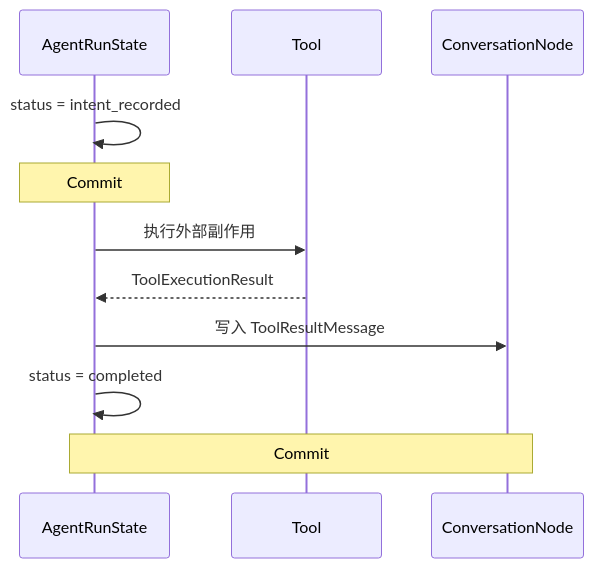
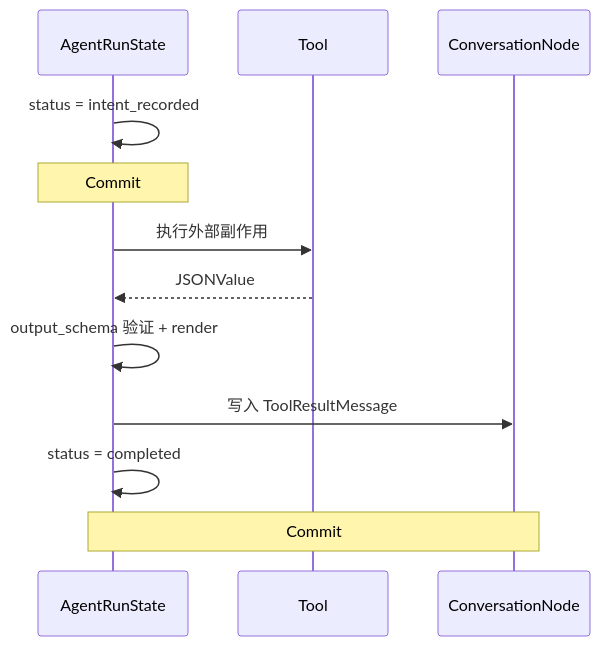
Diagram 16 of 53 in docs/upgrade/2026-08-24-runtime-entity-decisions.md (xiesunsun/MyOpenClaw), drawn with Mermaid before and after one commit. The commit also changed other lines of this file and 68 other files, not shown here.

````diff
--- a/docs/upgrade/2026-08-24-runtime-entity-decisions.md
+++ b/docs/upgrade/2026-08-24-runtime-entity-decisions.md
@@ -1219,14 +1219,15 @@
 ```mermaid
 sequenceDiagram
     participant S as AgentRunState
     participant T as Tool
     participant N as ConversationNode
 
     S->>S: status = intent_recorded
     Note over S: Commit
     S->>T: 执行外部副作用
-    T-->>S: ToolExecutionResult
+    T-->>S: JSONValue
+    S->>S: output_schema 验证 + render
     S->>N: 写入 ToolResultMessage
     S->>S: status = completed
     Note over S,N: Commit
 ```
````
